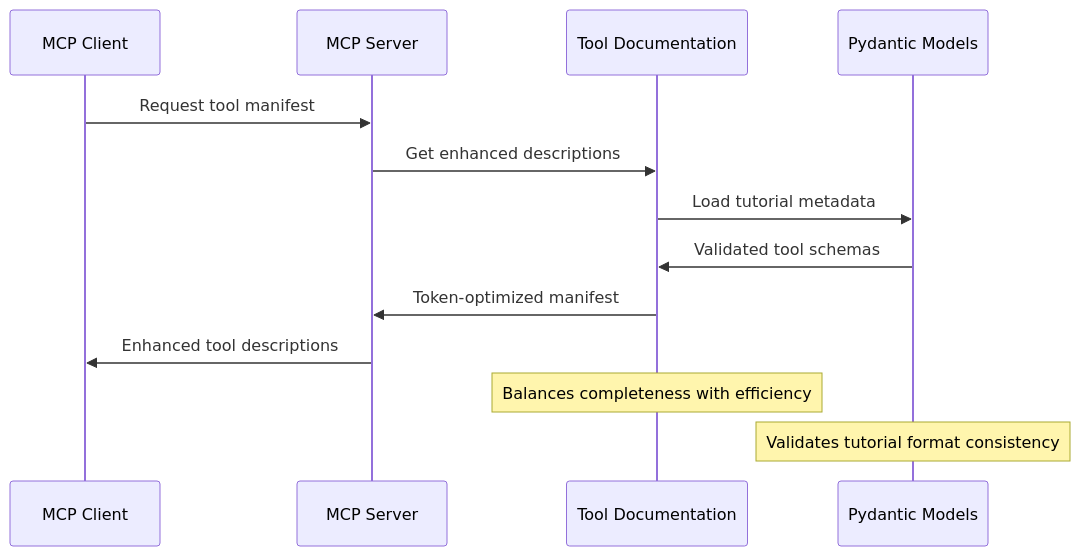
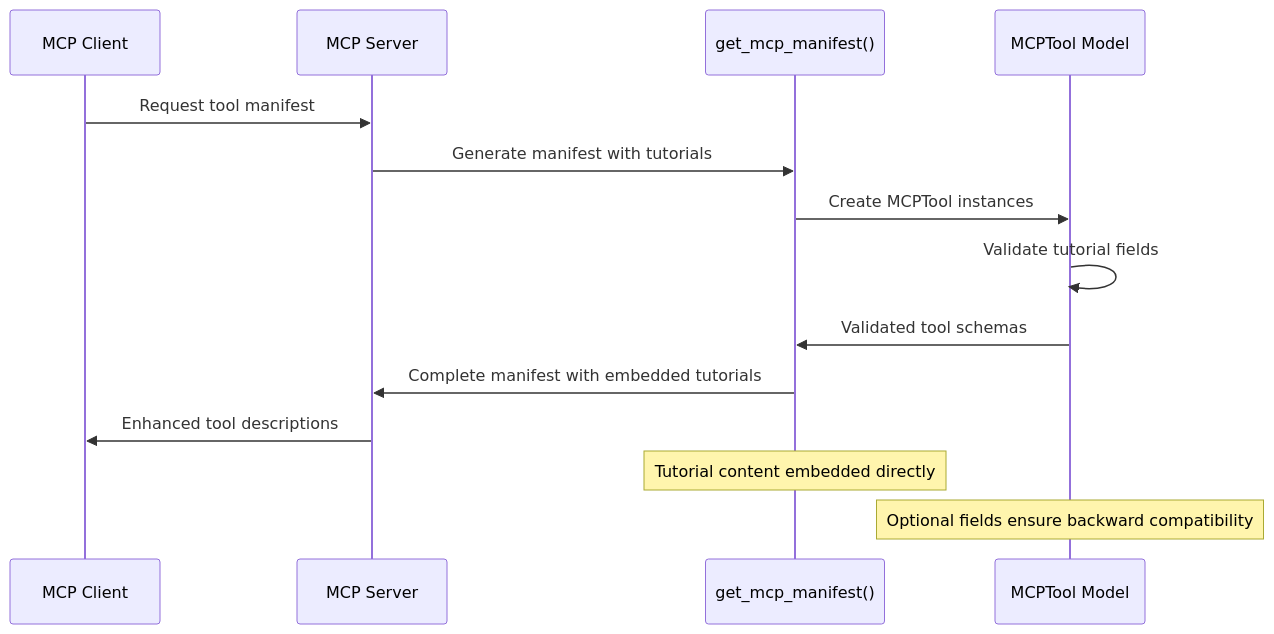
One commit to RimoVR/docsrs-mcp changed diagram 43 of 45 in Architecture.md. Above: the diagram before and after it, drawn with Mermaid. The commit also changed other lines of this file and 10 other files, not shown here.

First line of the commit message:
feat: add tutorial fields to MCP tools for enhanced AI agent guidance

````diff
--- a/Architecture.md
+++ b/Architecture.md
@@ -3355,17 +3421,18 @@
 ```mermaid
 sequenceDiagram
     participant Client as MCP Client
     participant Server as MCP Server
-    participant ToolDocs as Tool Documentation
-    participant Models as Pydantic Models
+    participant Manifest as get_mcp_manifest()
+    participant Models as MCPTool Model
     
     Client->>Server: Request tool manifest
-    Server->>ToolDocs: Get enhanced descriptions
-    ToolDocs->>Models: Load tutorial metadata
-    Models->>ToolDocs: Validated tool schemas
-    ToolDocs->>Server: Token-optimized manifest
+    Server->>Manifest: Generate manifest with tutorials
+    Manifest->>Models: Create MCPTool instances
+    Models->>Models: Validate tutorial fields
+    Models->>Manifest: Validated tool schemas
+    Manifest->>Server: Complete manifest with embedded tutorials
     Server->>Client: Enhanced tool descriptions
     
-    Note over ToolDocs: Balances completeness with efficiency
-    Note over Models: Validates tutorial format consistency
+    Note over Manifest: Tutorial content embedded directly
+    Note over Models: Optional fields ensure backward compatibility
 ```
````
